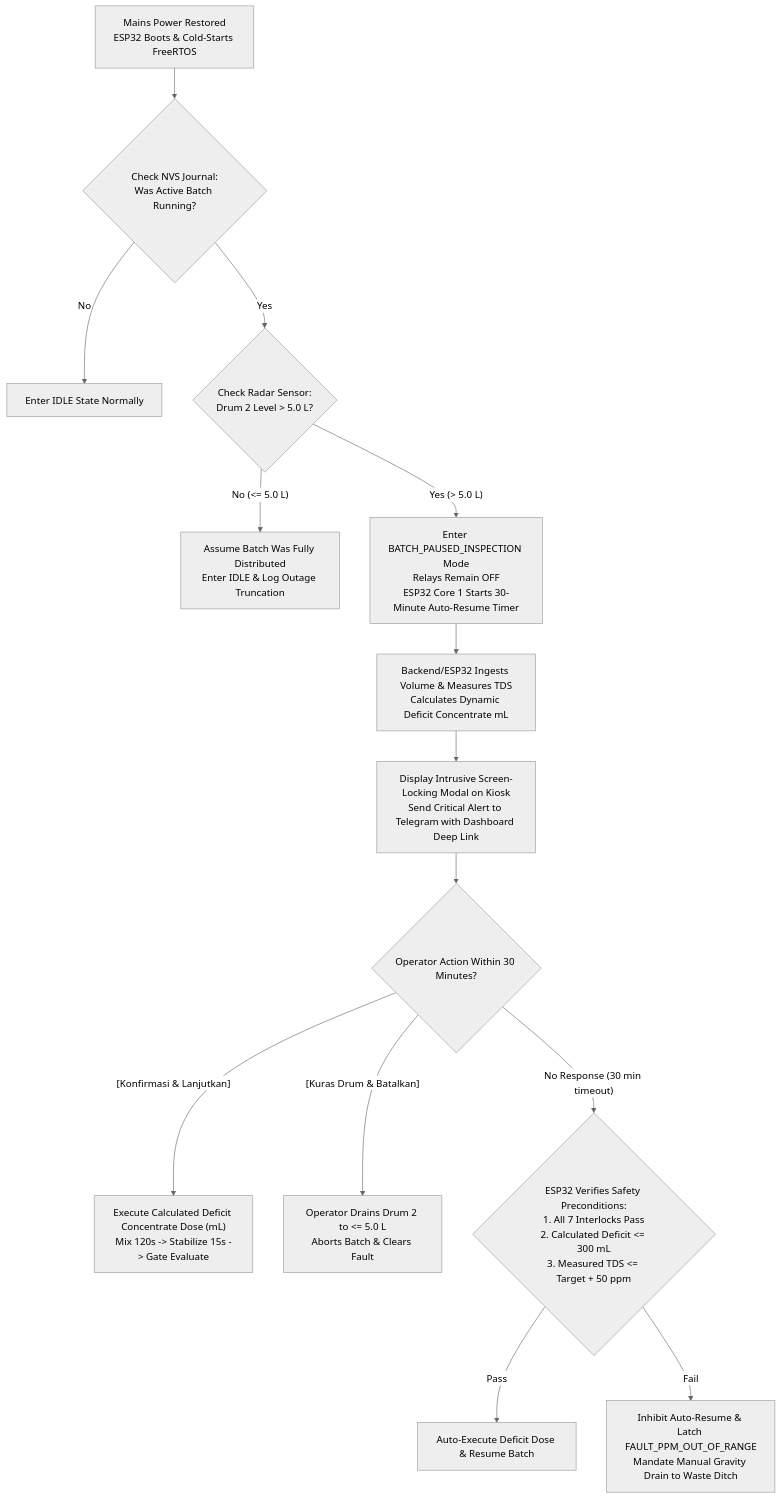
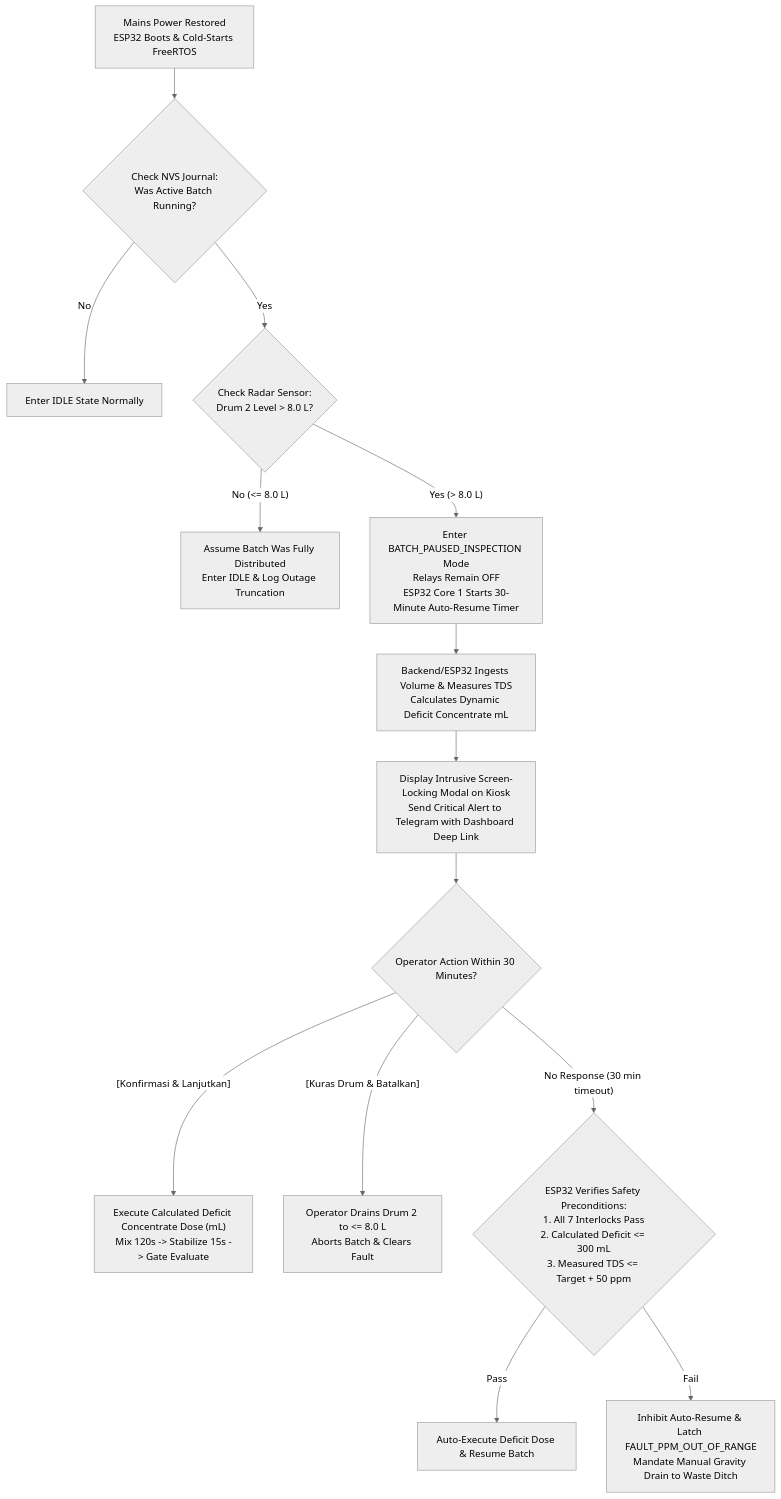
The fifth of 5 diagrams in brain/09_ERROR_HANDLING.md (imFreed0m/desanomia), drawn with Mermaid (neutral theme) before and after one commit. The commit also changed other lines of this file and 14 other files, not shown here.

````diff
--- a/brain/09_ERROR_HANDLING.md
+++ b/brain/09_ERROR_HANDLING.md
@@ -232,22 +232,22 @@
 ```mermaid
 flowchart TD
     PowerRestored["Mains Power Restored\nESP32 Boots & Cold-Starts FreeRTOS"] --> CheckNVS{"Check NVS Journal:\nWas Active Batch Running?"}
     
     CheckNVS -- No --> NormalBoot["Enter IDLE State Normally"]
-    CheckNVS -- Yes --> CheckLevel{"Check Radar Sensor:\nDrum 2 Level > 5.0 L?"}
+    CheckNVS -- Yes --> CheckLevel{"Check Radar Sensor:\nDrum 2 Level > 8.0 L?"}
     
-    CheckLevel -- No (<= 5.0 L) --> Depleted["Assume Batch Was Fully Distributed\nEnter IDLE & Log Outage Truncation"]
-    CheckLevel -- Yes (> 5.0 L) --> PausedMode["Enter BATCH_PAUSED_INSPECTION Mode\nRelays Remain OFF\nESP32 Core 1 Starts 30-Minute Auto-Resume Timer"]
+    CheckLevel -- No (<= 8.0 L) --> Depleted["Assume Batch Was Fully Distributed\nEnter IDLE & Log Outage Truncation"]
+    CheckLevel -- Yes (> 8.0 L) --> PausedMode["Enter BATCH_PAUSED_INSPECTION Mode\nRelays Remain OFF\nESP32 Core 1 Starts 30-Minute Auto-Resume Timer"]
     
     PausedMode --> BackendCalc["Backend/ESP32 Ingests Volume & Measures TDS\nCalculates Dynamic Deficit Concentrate mL"]
     BackendCalc --> UIModal["Display Intrusive Screen-Locking Modal on Kiosk\nSend Critical Alert to Telegram with Dashboard Deep Link"]
     
     UIModal --> Decision{"Operator Action Within 30 Minutes?"}
     
     Decision -- "[Konfirmasi & Lanjutkan]" --> DeficitDose["Execute Calculated Deficit Concentrate Dose (mL)\nMix 120s -> Stabilize 15s -> Gate Evaluate"]
-    Decision -- "[Kuras Drum & Batalkan]" --> ManualAbort["Operator Drains Drum 2 to <= 5.0 L\nAborts Batch & Clears Fault"]
+    Decision -- "[Kuras Drum & Batalkan]" --> ManualAbort["Operator Drains Drum 2 to <= 8.0 L\nAborts Batch & Clears Fault"]
     Decision -- No Response (30 min timeout) --> AutoResumeCheck{"ESP32 Verifies Safety Preconditions:\n1. All 7 Interlocks Pass\n2. Calculated Deficit <= 300 mL\n3. Measured TDS <= Target + 50 ppm"}
     
     AutoResumeCheck -- Pass --> AutoResume["Auto-Execute Deficit Dose & Resume Batch"]
     AutoResumeCheck -- Fail --> AbortDrain["Inhibit Auto-Resume & Latch FAULT_PPM_OUT_OF_RANGE\nMandate Manual Gravity Drain to Waste Ditch"]
 ```
````
